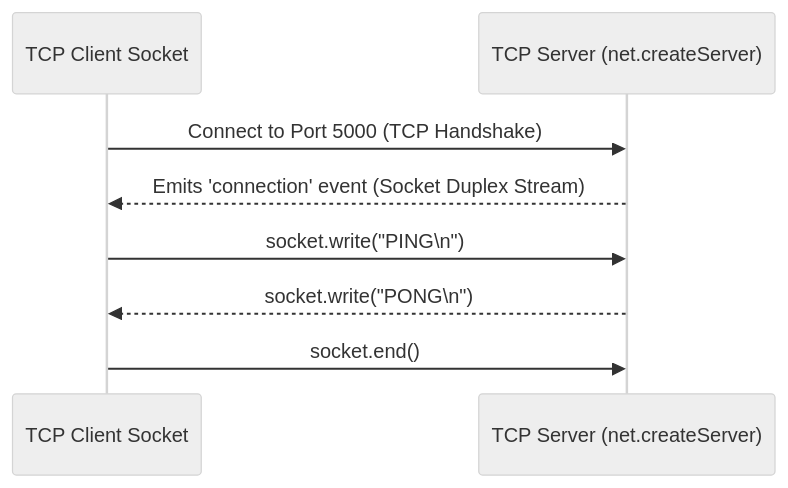
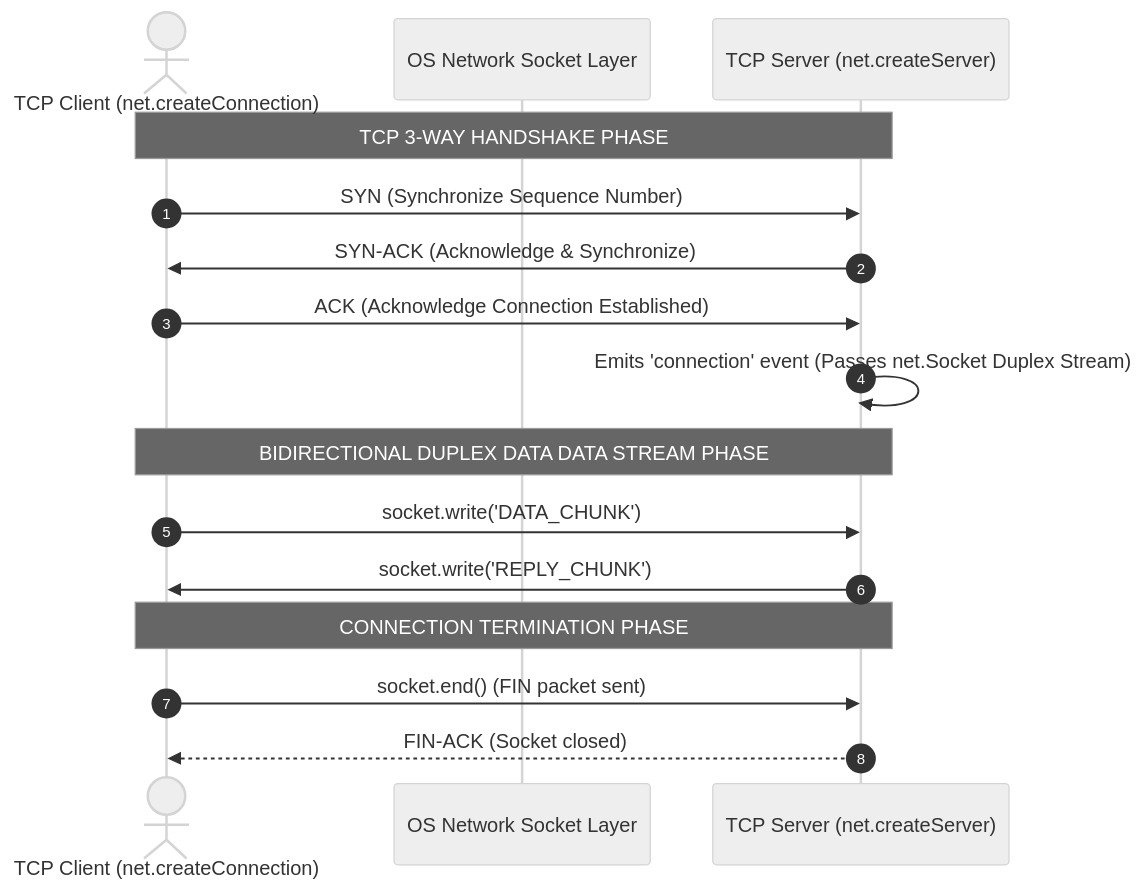
One commit to Amie-dev/engineering-playbook changed the first of 2 diagrams in nodejs-notes/23-net-module.md. Above: the diagram before and after it, drawn with Mermaid (neutral theme). The commit also changed other lines of this file and 32 other files, not shown here.

````diff
--- a/nodejs-notes/23-net-module.md
+++ b/nodejs-notes/23-net-module.md
@@ -10,11 +13,22 @@
 ```mermaid
 sequenceDiagram
-    participant Client as TCP Client Socket
+    autonumber
+    actor Client as TCP Client (net.createConnection)
+    participant Kernel as OS Network Socket Layer
     participant Server as TCP Server (net.createServer)
 
-    Client->>Server: Connect to Port 5000 (TCP Handshake)
-    Server-->>Client: Emits 'connection' event (Socket Duplex Stream)
-    Client->>Server: socket.write("PING\n")
-    Server-->>Client: socket.write("PONG\n")
-    Client->>Server: socket.end()
+    Note over Client,Server: TCP 3-WAY HANDSHAKE PHASE
+    Client->>Server: SYN (Synchronize Sequence Number)
+    Server->>Client: SYN-ACK (Acknowledge & Synchronize)
+    Client->>Server: ACK (Acknowledge Connection Established)
+
+    Server->>Server: Emits 'connection' event (Passes net.Socket Duplex Stream)
+    
+    Note over Client,Server: BIDIRECTIONAL DUPLEX DATA DATA STREAM PHASE
+    Client->>Server: socket.write('DATA_CHUNK')
+    Server->>Client: socket.write('REPLY_CHUNK')
+    
+    Note over Client,Server: CONNECTION TERMINATION PHASE
+    Client->>Server: socket.end() (FIN packet sent)
+    Server-->>Client: FIN-ACK (Socket closed)
 ```
````
